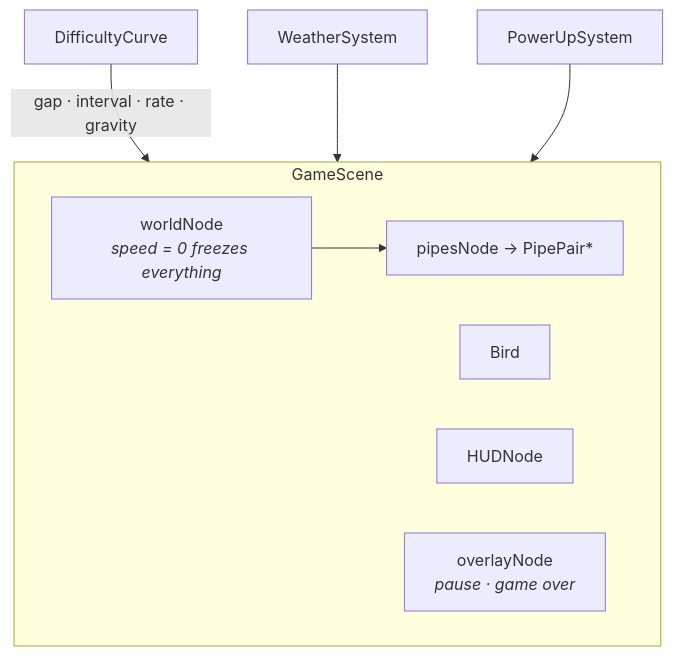
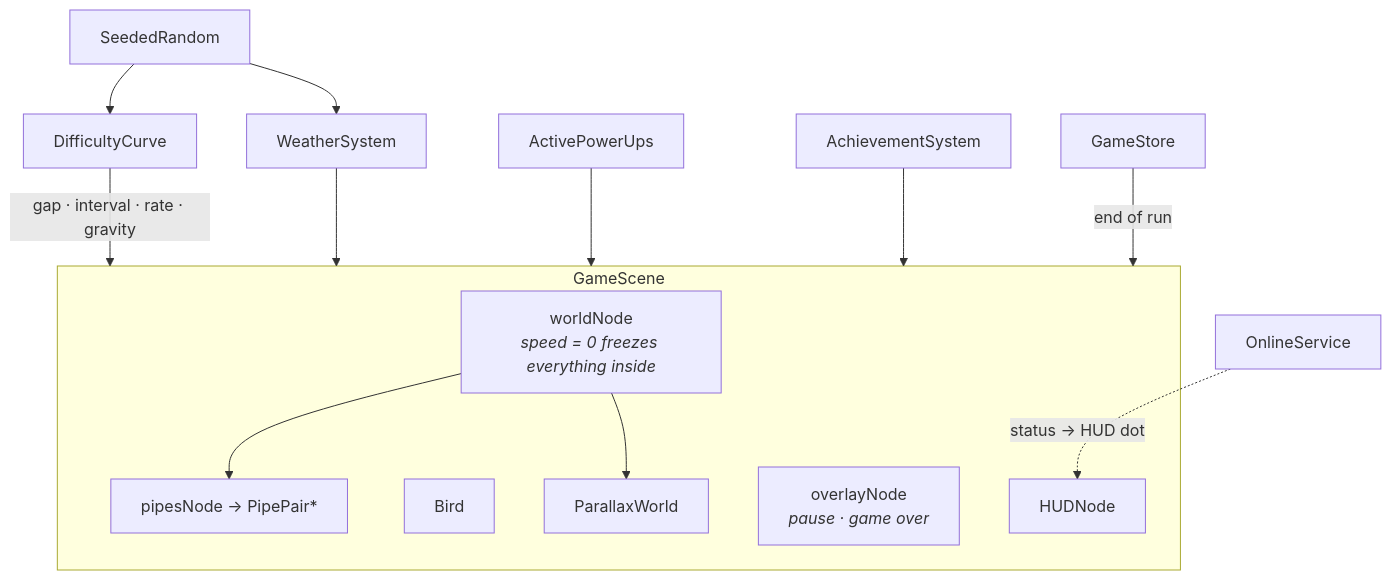
The fifth of 19 diagrams in ARCHITECTURE.md (hoangsonww/Flappy-Bird-Game), drawn with Mermaid before and after one commit. The commit also changed other lines of this file, not shown here.

First line of the commit message:
docs: expand ARCHITECTURE.md into a full system map

````diff
--- a/ARCHITECTURE.md
+++ b/ARCHITECTURE.md
@@ -106,15 +299,21 @@
 ```mermaid
 flowchart TB
-    subgraph GameScene
-        World["worldNode<br/><i>speed = 0 freezes everything</i>"]
+    subgraph Scene["GameScene"]
+        World["worldNode<br/><i>speed = 0 freezes everything inside</i>"]
         Pipes["pipesNode → PipePair*"]
         Bird["Bird"]
         HUD["HUDNode"]
         Overlay["overlayNode<br/><i>pause · game over</i>"]
         World --> Pipes
+        World --> Parallax["ParallaxWorld"]
     end
 
-    Curve["DifficultyCurve"] -->|"gap · interval · rate · gravity"| GameScene
-    Weather["WeatherSystem"] --> GameScene
-    Power["PowerUpSystem"] --> GameScene
+    Curve["DifficultyCurve"] -->|"gap · interval · rate · gravity"| Scene
+    Weather["WeatherSystem"] --> Scene
+    Power["ActivePowerUps"] --> Scene
+    Ach["AchievementSystem"] --> Scene
+    RNG["SeededRandom"] --> Curve
+    RNG --> Weather
+    Store["GameStore"] -->|"end of run"| Scene
+    Online["OnlineService"] -.->|"status → HUD dot"| HUD
 ```
````
